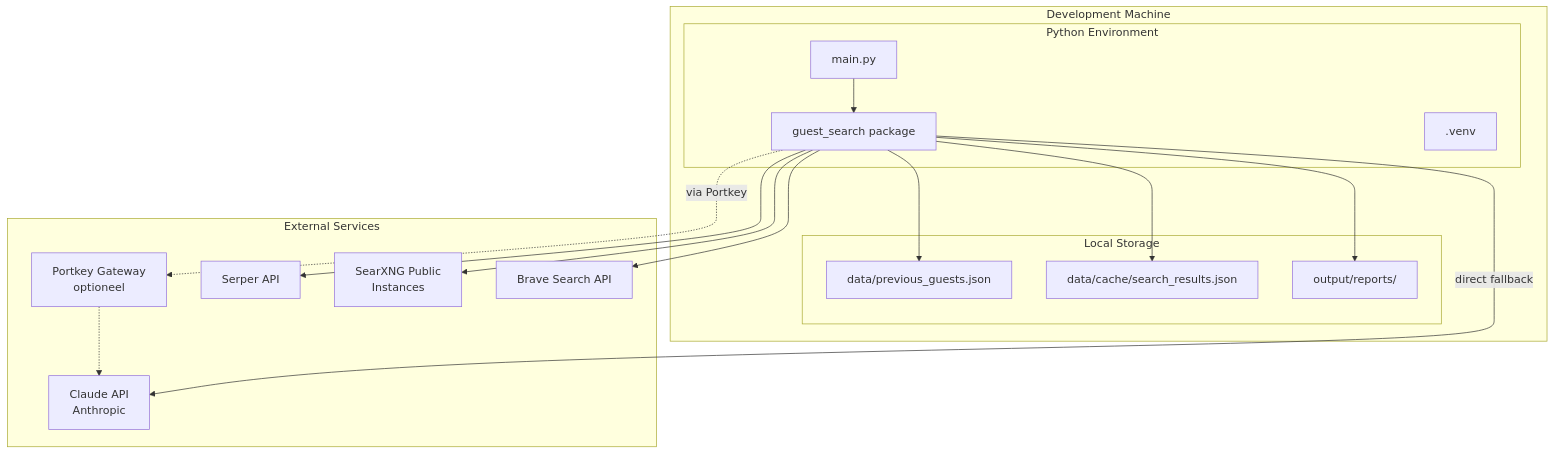
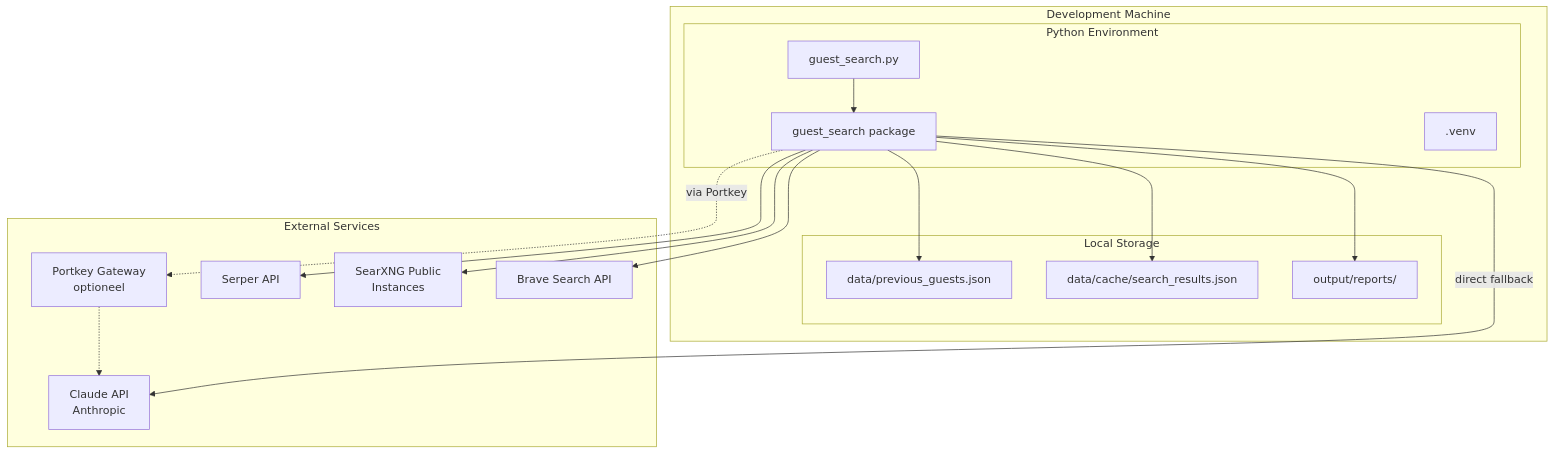
Before and after one commit to Joopsnijder/guest_search: the sixth of 6 diagrams in docs/architecture.md, drawn with Mermaid. The commit also changed other lines of this file and 12 other files, not shown here.

First line of the commit message:
refactor: Rename main.py to guest_search.py for consistency

````diff
--- a/docs/architecture.md
+++ b/docs/architecture.md
@@ -249,36 +249,36 @@
 ```mermaid
 graph TB
     subgraph "Development Machine"
         subgraph "Python Environment"
-            M[main.py]
+            M[guest_search.py]
             P[guest_search package]
             V[.venv]
         end
 
         subgraph "Local Storage"
             D1[data/previous_guests.json]
             D2[data/cache/search_results.json]
             D3[output/reports/]
         end
 
         M --> P
         P --> D1
         P --> D2
         P --> D3
     end
 
     subgraph "External Services"
         E0[Portkey Gateway<br/>optioneel]
         E1[Claude API<br/>Anthropic]
         E2[Serper API]
         E3[SearXNG Public<br/>Instances]
         E4[Brave Search API]
     end
 
     P -.->|via Portkey| E0
     E0 -.-> E1
     P -->|direct fallback| E1
     P --> E2
     P --> E3
     P --> E4
 ```
````
